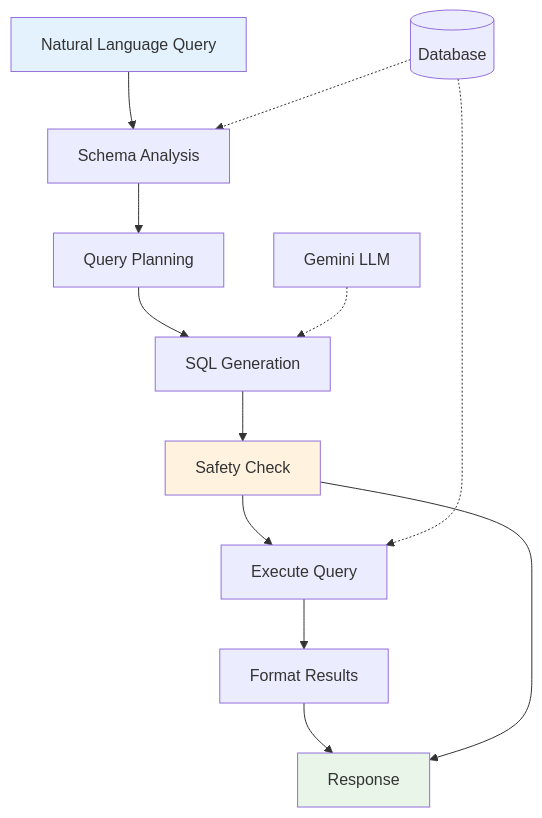
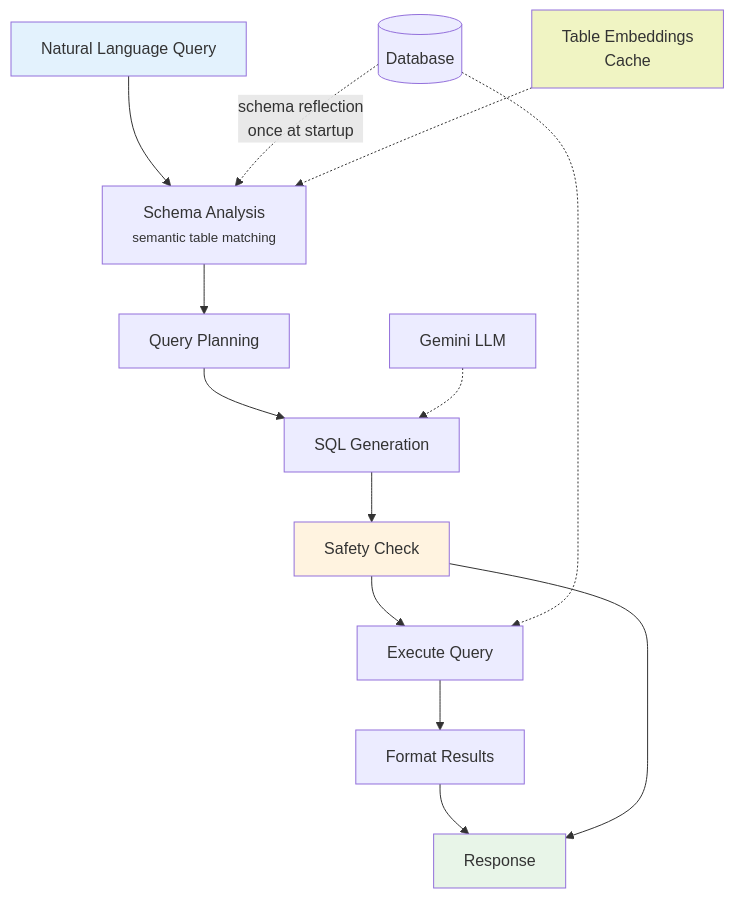
Before and after one commit to keo571/netquery: the diagram in README.md, drawn with Mermaid. The commit also changed other lines of this file, not shown here.

Commit message:
Accurately show embedding cache and schema reflection timing
- Add 'Table Embeddings Cache' component to show semantic matching
- Clarify that schema reflection happens 'once at startup', not every query
- Add subtitle 'semantic table matching' under Schema Analysis
- Update Technical Implementation to mention cached embeddings
- Show that embeddings cache is used for fast table relevance scoring
- More accurate representation of the actual caching architecture

🤖 Generated with [Claude Code](https://claude.ai/code)

````diff
--- a/README.md
+++ b/README.md
@@ -7,20 +7,22 @@
 ```mermaid
 flowchart TD
-    A[Natural Language Query] --> B[Schema Analysis]
+    A[Natural Language Query] --> B[Schema Analysis<br/><small>semantic table matching</small>]
     B --> C[Query Planning]
     C --> D[SQL Generation]
     D --> E[Safety Check]
     E --> F[Execute Query]
     F --> G[Format Results]
     G --> H[Response]
     
-    DB[(Database)] -.-> B
+    DB[(Database)] -.->|schema reflection<br/>once at startup| B
+    EMB[Table Embeddings<br/>Cache] -.-> B
     DB -.-> F
     LLM[Gemini LLM] -.-> D
     
     E --> H
     
     style A fill:#e3f2fd
     style H fill:#e8f5e8
     style E fill:#fff3e0
+    style EMB fill:#f0f4c3
 ```
````
